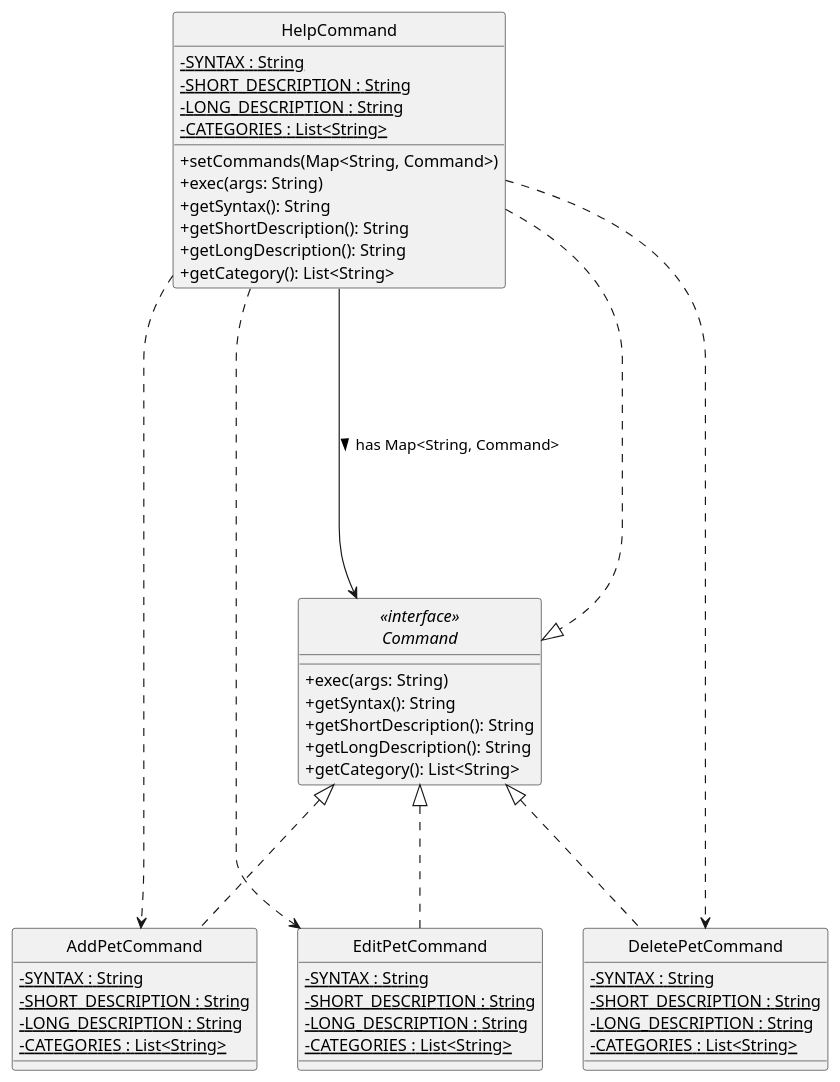
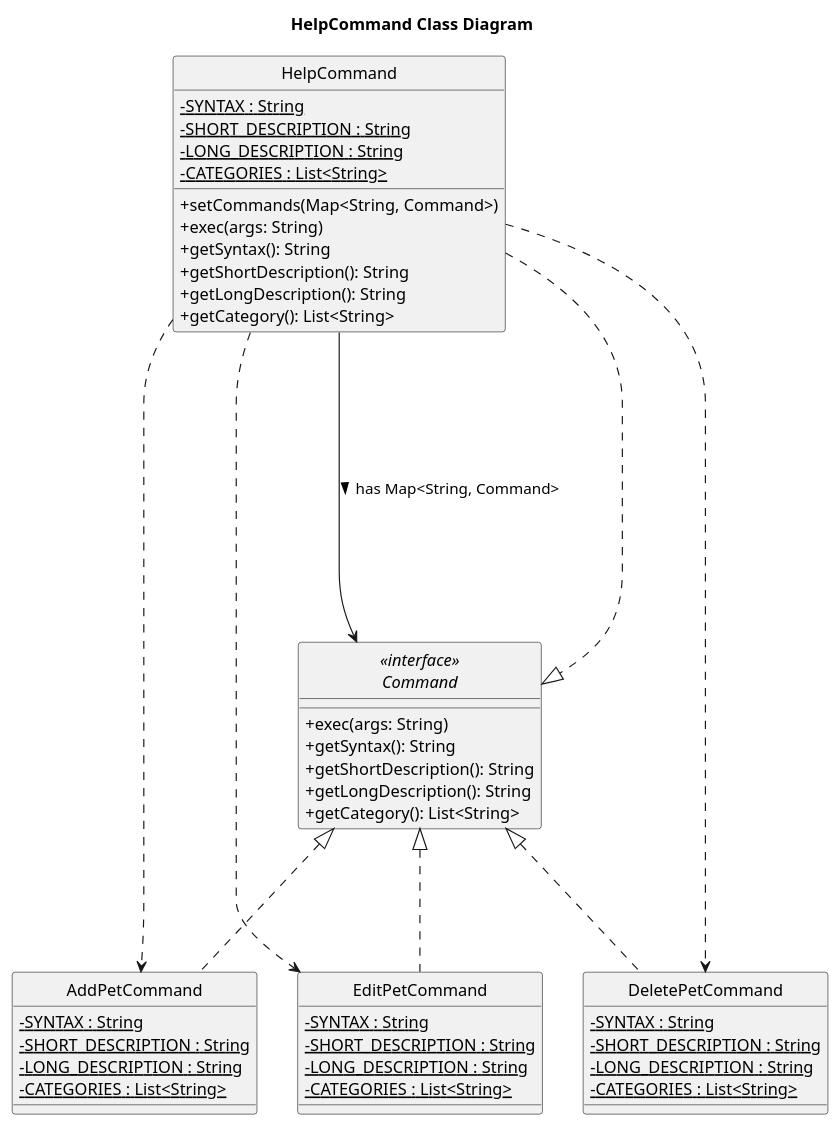
One commit to Kevin88866/tp changed the diagram in docs/uml/HelpCommandClassDiagram.puml. Above: the diagram before and after it, drawn with PlantUML. The commit also changed 2 other files, not shown here.

Commit message:
Add Sequence Diagram for the Overdue Treatments

```diff
--- a/docs/uml/HelpCommandClassDiagram.puml
+++ b/docs/uml/HelpCommandClassDiagram.puml
@@ -1,56 +1,58 @@
 @startuml
 
 skinparam classAttributeIconSize 0
 hide circle
+
+title HelpCommand Class Diagram
 
 interface "<<interface>>\nCommand" as Command {
     + exec(args: String)
     + getSyntax(): String
     + getShortDescription(): String
     + getLongDescription(): String
     + getCategory(): List<String>
 }
 
 class HelpCommand {
     - {static} SYNTAX : String
     - {static} SHORT_DESCRIPTION : String
     - {static} LONG_DESCRIPTION : String
     - {static} CATEGORIES : List<String>
     + setCommands(Map<String, Command>)
     + exec(args: String)
     + getSyntax(): String
     + getShortDescription(): String
     + getLongDescription(): String
     + getCategory(): List<String>
 }
 
 class AddPetCommand {
     - {static} SYNTAX : String
     - {static} SHORT_DESCRIPTION : String
     - {static} LONG_DESCRIPTION : String
     - {static} CATEGORIES : List<String>
 }
 class DeletePetCommand {
     - {static} SYNTAX : String
     - {static} SHORT_DESCRIPTION : String
     - {static} LONG_DESCRIPTION : String
     - {static} CATEGORIES : List<String>
   }
 class EditPetCommand {
     - {static} SYNTAX : String
     - {static} SHORT_DESCRIPTION : String
     - {static} LONG_DESCRIPTION : String
     - {static} CATEGORIES : List<String>
 }
 
 HelpCommand ...|> Command
 HelpCommand -----> Command : has Map<String, Command> >
 Command <|... AddPetCommand
 Command <|... DeletePetCommand
 Command <|... EditPetCommand
 
 HelpCommand ..> AddPetCommand
 HelpCommand ...> DeletePetCommand
 HelpCommand ...> EditPetCommand
 
 @enduml
```
